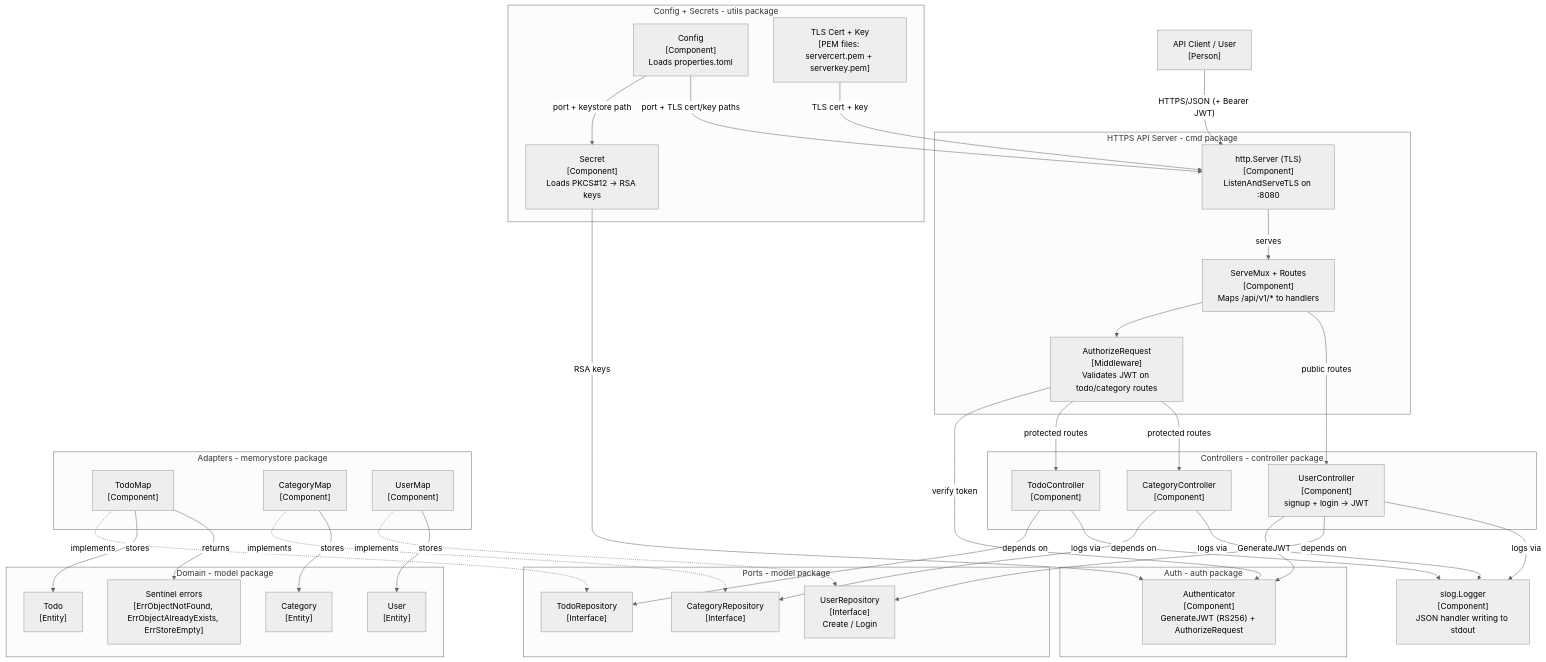
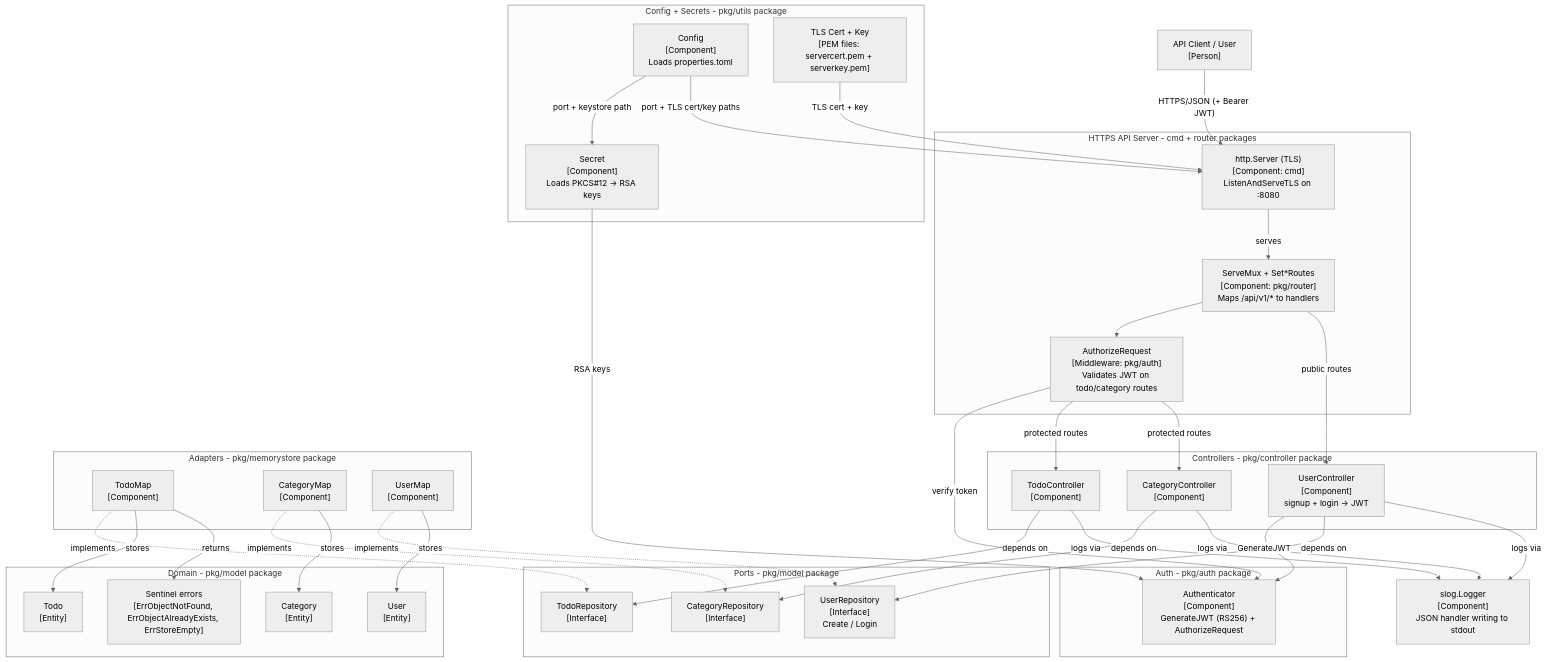
Before and after one commit to rahulkrishnanfs/todolist: the third of 3 diagrams in README.md, drawn with Mermaid (neutral theme). The commit also changed other lines of this file and 55 other files, not shown here.

First line of the commit message:
feat: add TLS, JWT auth, and Helm packaging on a pkg layout (#26)

````diff
--- a/README.md
+++ b/README.md
@@ -219,78 +229,78 @@
 ```mermaid
 flowchart TD
     user["API Client / User<br/>[Person]"]
 
-    subgraph server [HTTPS API Server - cmd package]
-        tlssrv["http.Server (TLS)<br/>[Component]<br/>ListenAndServeTLS on :8080"]
-        mux["ServeMux + Routes<br/>[Component]<br/>Maps /api/v1/* to handlers"]
-        mw["AuthorizeRequest<br/>[Middleware]<br/>Validates JWT on todo/category routes"]
+    subgraph server [HTTPS API Server - cmd + router packages]
+        tlssrv["http.Server (TLS)<br/>[Component: cmd]<br/>ListenAndServeTLS on :8080"]
+        mux["ServeMux + Set*Routes<br/>[Component: pkg/router]<br/>Maps /api/v1/* to handlers"]
+        mw["AuthorizeRequest<br/>[Middleware: pkg/auth]<br/>Validates JWT on todo/category routes"]
     end
 
-    subgraph authpkg [Auth - auth package]
+    subgraph authpkg [Auth - pkg/auth package]
         authr["Authenticator<br/>[Component]<br/>GenerateJWT (RS256) + AuthorizeRequest"]
     end
 
-    subgraph handlers [Controllers - controller package]
+    subgraph handlers [Controllers - pkg/controller package]
         todoCtrl["TodoController<br/>[Component]"]
         catCtrl["CategoryController<br/>[Component]"]
         userCtrl["UserController<br/>[Component]<br/>signup + login -> JWT"]
     end
 
-    subgraph ports [Ports - model package]
+    subgraph ports [Ports - pkg/model package]
         todoRepo["TodoRepository<br/>[Interface]"]
         catRepo["CategoryRepository<br/>[Interface]"]
         userRepo["UserRepository<br/>[Interface]<br/>Create / Login"]
     end
 
-    subgraph adapters [Adapters - memorystore package]
+    subgraph adapters [Adapters - pkg/memorystore package]
         todoMap["TodoMap<br/>[Component]"]
         catMap["CategoryMap<br/>[Component]"]
         userMap["UserMap<br/>[Component]"]
     end
 
-    subgraph cfgpkg [Config + Secrets - utils package]
+    subgraph cfgpkg [Config + Secrets - pkg/utils package]
         cfg["Config<br/>[Component]<br/>Loads properties.toml"]
         secret["Secret<br/>[Component]<br/>Loads PKCS#12 -> RSA keys"]
         tlsfiles["TLS Cert + Key<br/>[PEM files: servercert.pem + serverkey.pem]"]
     end
 
-    subgraph domain [Domain - model package]
+    subgraph domain [Domain - pkg/model package]
         todoModel["Todo<br/>[Entity]"]
         catModel["Category<br/>[Entity]"]
         userModel["User<br/>[Entity]"]
         errs["Sentinel errors<br/>[ErrObjectNotFound, ErrObjectAlreadyExists, ErrStoreEmpty]"]
     end
 
     logger["slog.Logger<br/>[Component]<br/>JSON handler writing to stdout"]
 
     user -->|"HTTPS/JSON (+ Bearer JWT)"| tlssrv
     tlssrv -->|"serves"| mux
     mux --> mw
     mw -->|"verify token"| authr
     mw -->|"protected routes"| todoCtrl
     mw -->|"protected routes"| catCtrl
     mux -->|"public routes"| userCtrl
 
     userCtrl -->|"GenerateJWT"| authr
     todoCtrl -->|"depends on"| todoRepo
     catCtrl -->|"depends on"| catRepo
     userCtrl -->|"depends on"| userRepo
 
     todoMap -.->|"implements"| todoRepo
     catMap -.->|"implements"| catRepo
     userMap -.->|"implements"| userRepo
 
     secret -->|"RSA keys"| authr
     cfg -->|"port + keystore path"| secret
     cfg -->|"port + TLS cert/key paths"| tlssrv
     tlsfiles -->|"TLS cert + key"| tlssrv
 
     todoMap -->|"stores"| todoModel
     catMap -->|"stores"| catModel
     userMap -->|"stores"| userModel
     todoMap -->|"returns"| errs
 
     todoCtrl -->|"logs via"| logger
     catCtrl -->|"logs via"| logger
     userCtrl -->|"logs via"| logger
 ```
````
